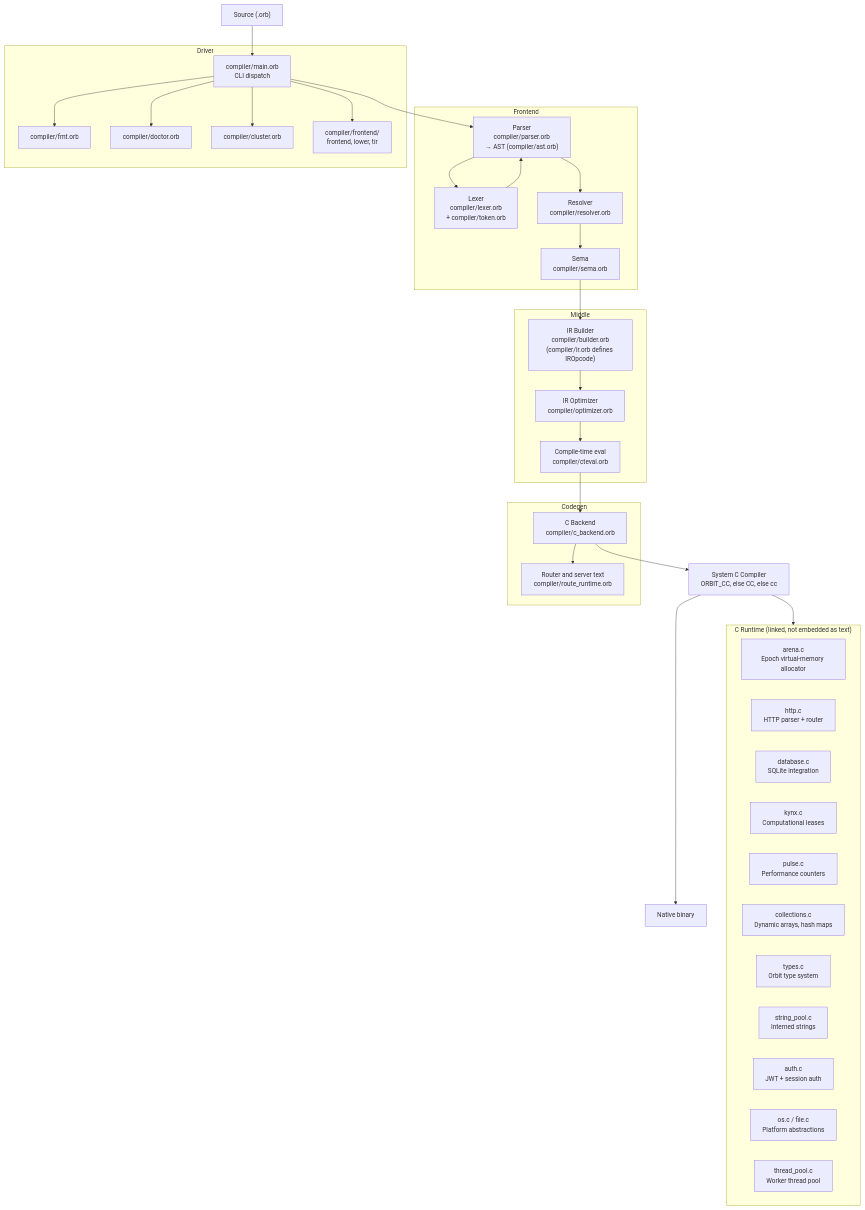
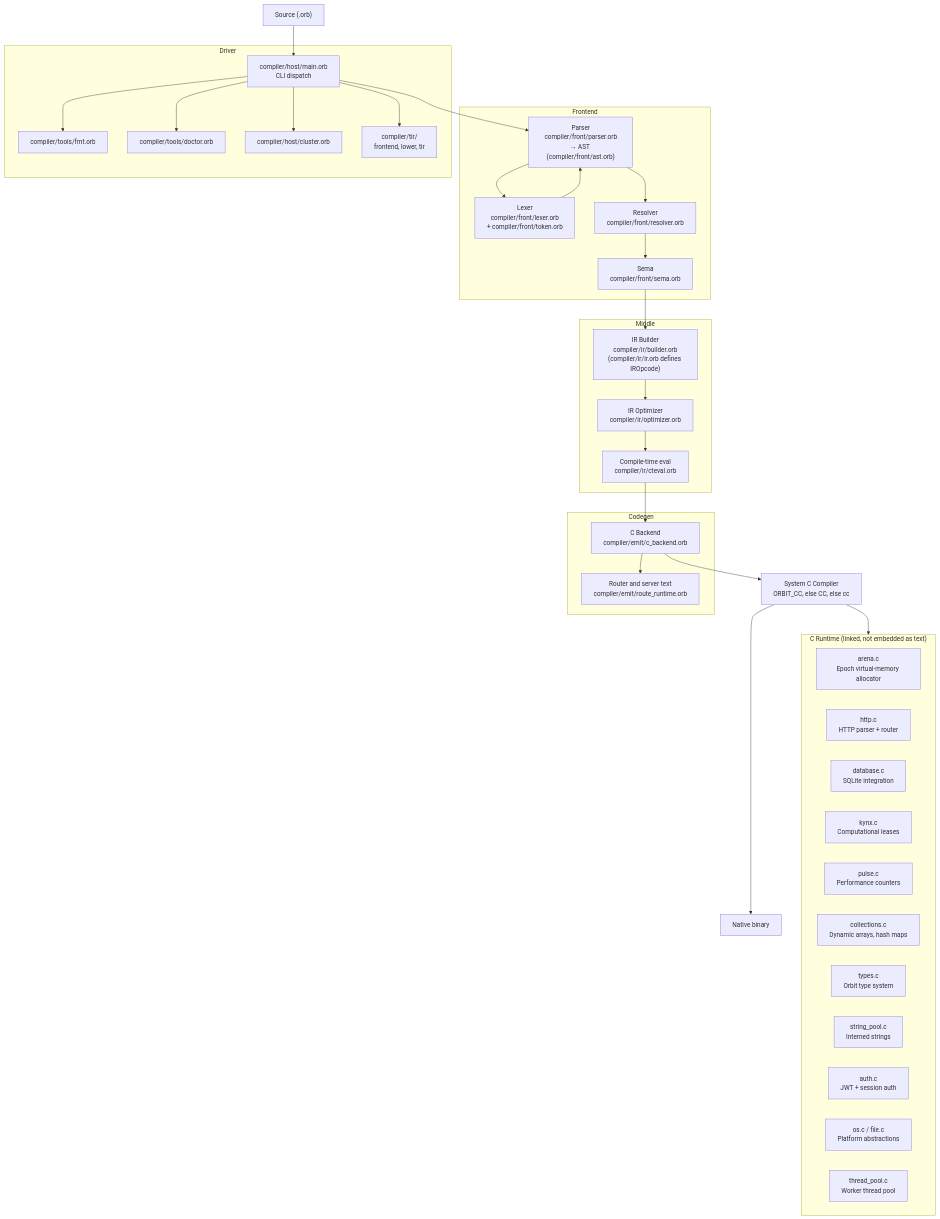
The diagram in docs/ARCHITECTURE.md (joacokhzyx/orbit-lang), drawn with Mermaid before and after one commit. The commit also changed other lines of this file and 84 other files, not shown here.

First line of the commit message:
reorg: split compiler/ by stage into front, ir, tir, emit, host and tools

````diff
--- a/docs/ARCHITECTURE.md
+++ b/docs/ARCHITECTURE.md
@@ -30,59 +30,59 @@
 ```mermaid
 flowchart TD
     SRC["Source (.orb)"]
 
     subgraph Frontend
-        LEX["Lexer\ncompiler/lexer.orb\n+ compiler/token.orb"]
-        PAR["Parser\ncompiler/parser.orb\n→ AST (compiler/ast.orb)"]
-        RES["Resolver\ncompiler/resolver.orb"]
-        SEM["Sema\ncompiler/sema.orb"]
+        LEX["Lexer\ncompiler/front/lexer.orb\n+ compiler/front/token.orb"]
+        PAR["Parser\ncompiler/front/parser.orb\n→ AST (compiler/front/ast.orb)"]
+        RES["Resolver\ncompiler/front/resolver.orb"]
+        SEM["Sema\ncompiler/front/sema.orb"]
     end
 
     subgraph Middle
-        IR["IR Builder\ncompiler/builder.orb\n(compiler/ir.orb defines IROpcode)"]
-        OPT["IR Optimizer\ncompiler/optimizer.orb"]
-        CTE["Compile-time eval\ncompiler/cteval.orb"]
+        IR["IR Builder\ncompiler/ir/builder.orb\n(compiler/ir/ir.orb defines IROpcode)"]
+        OPT["IR Optimizer\ncompiler/ir/optimizer.orb"]
+        CTE["Compile-time eval\ncompiler/ir/cteval.orb"]
     end
 
     subgraph Codegen
-        CBK["C Backend\ncompiler/c_backend.orb"]
-        RTM["Router and server text\ncompiler/route_runtime.orb"]
+        CBK["C Backend\ncompiler/emit/c_backend.orb"]
+        RTM["Router and server text\ncompiler/emit/route_runtime.orb"]
     end
 
     subgraph Runtime["C Runtime (linked, not embedded as text)"]
         ARN["arena.c\nEpoch virtual-memory allocator"]
         HTTP["http.c\nHTTP parser + router"]
         DB["database.c\nSQLite integration"]
         KYN["kynx.c\nComputational leases"]
         PLS["pulse.c\nPerformance counters"]
         COL["collections.c\nDynamic arrays, hash maps"]
         TYP["types.c\nOrbit type system"]
         STR["string_pool.c\nInterned strings"]
         AUTH["auth.c\nJWT + session auth"]
         OS["os.c / file.c\nPlatform abstractions"]
         THR["thread_pool.c\nWorker thread pool"]
     end
 
     subgraph Driver
-        MAIN["compiler/main.orb\nCLI dispatch"]
-        FMT["compiler/fmt.orb"]
-        DOC["compiler/doctor.orb"]
-        CLU["compiler/cluster.orb"]
-        FE["compiler/frontend/\nfrontend, lower, tir"]
+        MAIN["compiler/host/main.orb\nCLI dispatch"]
+        FMT["compiler/tools/fmt.orb"]
+        DOC["compiler/tools/doctor.orb"]
+        CLU["compiler/host/cluster.orb"]
+        FE["compiler/tir/\nfrontend, lower, tir"]
     end
 
     SRC --> MAIN
     MAIN --> PAR
     PAR --> LEX
     LEX --> PAR
     PAR --> RES --> SEM --> IR
     IR --> OPT --> CTE --> CBK
     CBK --> RTM
     CBK --> CC["System C Compiler\nORBIT_CC, else CC, else cc"]
     CC --> BIN["Native binary"]
     CC --> Runtime
     MAIN --> FMT
     MAIN --> DOC
     MAIN --> CLU
     MAIN --> FE
 ```
````
